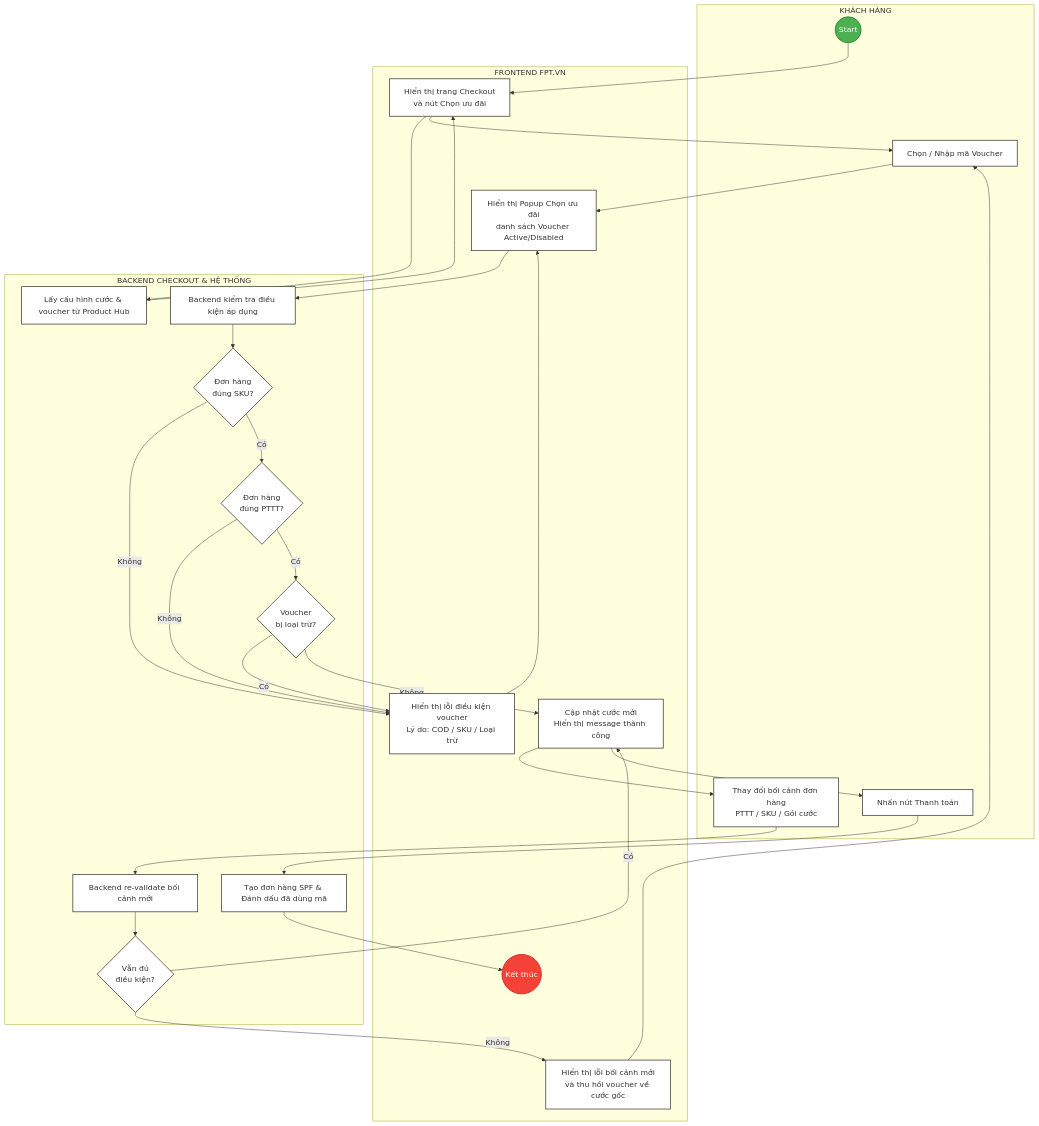
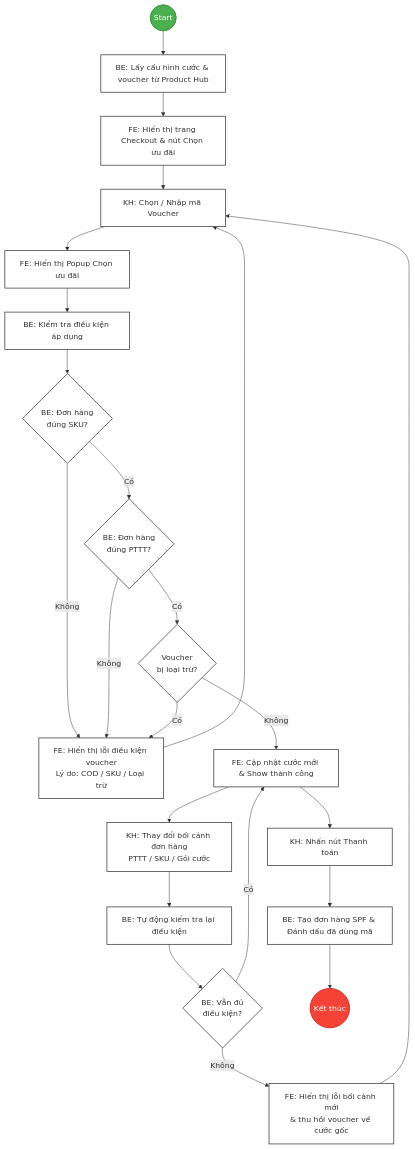
One commit to hathuy2706-BA/FPT changed the diagram in diagrams/voucher_flow.md. Above: the diagram before and after it, drawn with Mermaid. The commit also changed other lines of this file and 1 other file, not shown here.

Commit message:
docs: adjust URD flowchart lines to be straight and orthogonal

````diff
--- a/diagrams/voucher_flow.md
+++ b/diagrams/voucher_flow.md
@@ -8,78 +8,76 @@
 ```mermaid
 %%{init: { 'theme': 'default', 'flowchart': { 'curve': 'stepAfter' } }%%
 flowchart TD
-    %% Định nghĩa các lớp style
+    %% Định nghĩa các lớp style màu sắc chuẩn sơ đồ dự án
     classDef startClass fill:#4CAF50,stroke:#388E3C,stroke-width:2px,color:#fff;
     classDef endClass fill:#F44336,stroke:#D32F2F,stroke-width:2px,color:#fff;
     classDef stepClass fill:#fff,stroke:#333,stroke-width:1.5px;
     classDef decisionClass fill:#fff,stroke:#333,stroke-width:1.5px;
 
-    subgraph L_KH[KHÁCH HÀNG]
-        Node_Start((Start))
-        Node_SelectVoucher[Chọn / Nhập mã Voucher]
-        Node_ChangeContext[Thay đổi bối cảnh đơn hàng<br/>PTTT / SKU / Gói cước]
-        Node_Pay[Nhấn nút Thanh toán]
-    end
+    %% KHAI BÁO CÁC NODE THEO TIÊU CHUẨN HÌNH DẠNG VÀ PHÂN VAI TRÒ
+    Node_Start((Start))
+    Node_GetConfig[BE: Lấy cấu hình cước & voucher từ Product Hub]
+    Node_ShowCheckout[FE: Hiển thị trang Checkout & nút Chọn ưu đãi]
+    Node_SelectVoucher[KH: Chọn / Nhập mã Voucher]
+    Node_ShowVouchers[FE: Hiển thị Popup Chọn ưu đãi]
+    Node_Validate[BE: Kiểm tra điều kiện áp dụng]
+    
+    Node_CheckSKU{BE: Đơn hàng<br/>đúng SKU?}
+    Node_CheckPTTT{BE: Đơn hàng<br/>đúng PTTT?}
+    Node_CheckExcl{Voucher<br/>bị loại trừ?}
+    
+    Node_ShowError[FE: Hiển thị lỗi điều kiện voucher<br/>Lý do: COD / SKU / Loại trừ]
+    Node_UpdateUI[FE: Cập nhật cước mới & Show thành công]
+    
+    Node_ChangeContext[KH: Thay đổi bối cảnh đơn hàng<br/>PTTT / SKU / Gói cước]
+    Node_ReValidate[BE: Tự động kiểm tra lại điều kiện]
+    Node_CheckReOK{BE: Vẫn đủ<br/>điều kiện?}
+    Node_ShowContextError[FE: Hiển thị lỗi bối cảnh mới<br/>& thu hồi voucher về cước gốc]
+    
+    Node_Pay[KH: Nhấn nút Thanh toán]
+    Node_MarkUsed[BE: Tạo đơn hàng SPF & Đánh dấu đã dùng mã]
+    Node_SuccessPage((Kết thúc))
 
-    subgraph L_FE[FRONTEND FPT.VN]
-        Node_ShowCheckout[Hiển thị trang Checkout<br/>và nút Chọn ưu đãi]
-        Node_ShowVouchers[Hiển thị Popup Chọn ưu đãi<br/>danh sách Voucher Active/Disabled]
-        Node_UpdateUI[Cập nhật cước mới<br/>Hiển thị message thành công]
-        Node_ShowError[Hiển thị lỗi điều kiện voucher<br/>Lý do: COD / SKU / Loại trừ]
-        Node_ShowContextError[Hiển thị lỗi bối cảnh mới<br/>và thu hồi voucher về cước gốc]
-        Node_SuccessPage((Kết thúc))
-    end
-
-    subgraph L_BE[BACKEND CHECKOUT & HỆ THỐNG]
-        Node_GetConfig[Lấy cấu hình cước & voucher từ Product Hub]
-        Node_Validate[Backend kiểm tra điều kiện áp dụng]
-        Node_CheckSKU{Đơn hàng<br/>đúng SKU?}
-        Node_CheckPTTT{Đơn hàng<br/>đúng PTTT?}
-        Node_CheckExcl{Voucher<br/>bị loại trừ?}
-        Node_ReValidate[Backend re-validate bối cảnh mới]
-        Node_CheckReOK{Vẫn đủ<br/>điều kiện?}
-        Node_MarkUsed[Tạo đơn hàng SPF & Đánh dấu đã dùng mã]
-    end
-
-    %% Áp dụng style class
+    %% Áp dụng style class cho các hình dạng node
     class Node_Start startClass;
     class Node_SuccessPage endClass;
     class Node_SelectVoucher,Node_ChangeContext,Node_Pay,Node_ShowCheckout,Node_ShowVouchers,Node_UpdateUI,Node_ShowError,Node_ShowContextError,Node_GetConfig,Node_Validate,Node_ReValidate,Node_MarkUsed stepClass;
     class Node_CheckSKU,Node_CheckPTTT,Node_CheckExcl,Node_CheckReOK decisionClass;
 
-    %% Luồng kết nối giữa các node
-    Node_Start --> Node_ShowCheckout
-    Node_ShowCheckout --> Node_GetConfig
+    %% LUỒNG LIÊN KẾT TUYẾN TÍNH THẲNG ĐỨNG VÀ GÓC VUÔNG CHUẨN
+    Node_Start --> Node_GetConfig
     Node_GetConfig --> Node_ShowCheckout
-    
     Node_ShowCheckout --> Node_SelectVoucher
     Node_SelectVoucher --> Node_ShowVouchers
     Node_ShowVouchers --> Node_Validate
     
     Node_Validate --> Node_CheckSKU
     
+    %% Rẽ nhánh vuông góc kiểm tra điều kiện
     Node_CheckSKU -->|Không| Node_ShowError
     Node_CheckSKU -->|Có| Node_CheckPTTT
     
     Node_CheckPTTT -->|Không| Node_ShowError
     Node_CheckPTTT -->|Có| Node_CheckExcl
     
+    Node_CheckExcl -->|Không| Node_UpdateUI
     Node_CheckExcl -->|Có| Node_ShowError
-    Node_CheckExcl -->|Không| Node_UpdateUI
     
-    Node_ShowError --> Node_ShowVouchers
+    %% Quay lại danh sách ưu đãi để chọn lại khi có lỗi
+    Node_ShowError --> Node_SelectVoucher
     
+    %% Tiếp tục thanh toán
+    Node_UpdateUI --> Node_Pay
+    Node_Pay --> Node_MarkUsed
+    Node_MarkUsed --> Node_SuccessPage
+
+    %% Luồng rẽ nhánh đổi bối cảnh (Context change)
     Node_UpdateUI --> Node_ChangeContext
-    Node_UpdateUI --> Node_Pay
-    
     Node_ChangeContext --> Node_ReValidate
     Node_ReValidate --> Node_CheckReOK
     
     Node_CheckReOK -->|Không| Node_ShowContextError
     Node_CheckReOK -->|Có| Node_UpdateUI
     
     Node_ShowContextError --> Node_SelectVoucher
-    
-    Node_Pay --> Node_MarkUsed
-    Node_MarkUsed --> Node_SuccessPage
 ```
````
